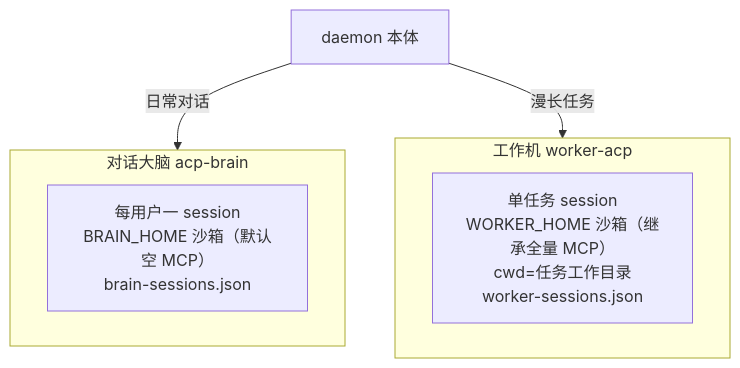
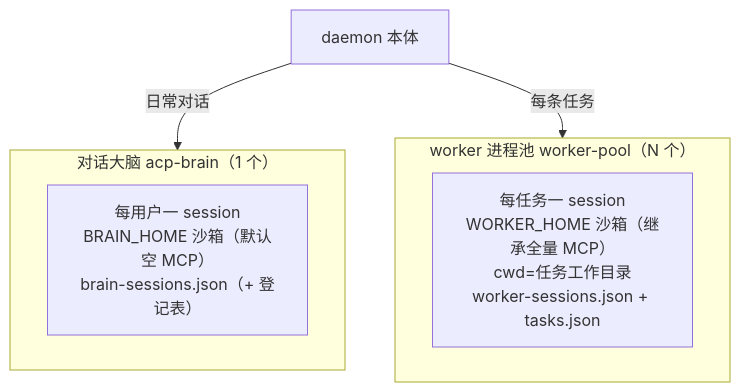
The fifth of 6 diagrams in docs/repowiki/02-系统架构.md (imwangpan/WeMind), drawn with Mermaid before and after one commit. The commit also changed other lines of this file and 61 other files, not shown here.

First line of the commit message:
feat: 运行时切换大脑 · 多 worker 进程池 · 完整会话管理（1.2.0）

````diff
--- a/docs/repowiki/02-系统架构.md
+++ b/docs/repowiki/02-系统架构.md
@@ -147,12 +147,12 @@
 ```mermaid
 graph TD
     DAEMON["daemon 本体"]
-    subgraph brain["对话大脑 acp-brain"]
-        B["每用户一 session<br/>BRAIN_HOME 沙箱（默认空 MCP）<br/>brain-sessions.json"]
+    subgraph brain["对话大脑 acp-brain（1 个）"]
+        B["每用户一 session<br/>BRAIN_HOME 沙箱（默认空 MCP）<br/>brain-sessions.json（+ 登记表）"]
     end
-    subgraph wk["工作机 worker-acp"]
-        W["单任务 session<br/>WORKER_HOME 沙箱（继承全量 MCP）<br/>cwd=任务工作目录<br/>worker-sessions.json"]
+    subgraph wk["worker 进程池 worker-pool（N 个）"]
+        W["每任务一 session<br/>WORKER_HOME 沙箱（继承全量 MCP）<br/>cwd=任务工作目录<br/>worker-sessions.json + tasks.json"]
     end
     DAEMON -->|日常对话| brain
-    DAEMON -->|漫长任务| wk
+    DAEMON -->|每条任务| wk
 ```
````
